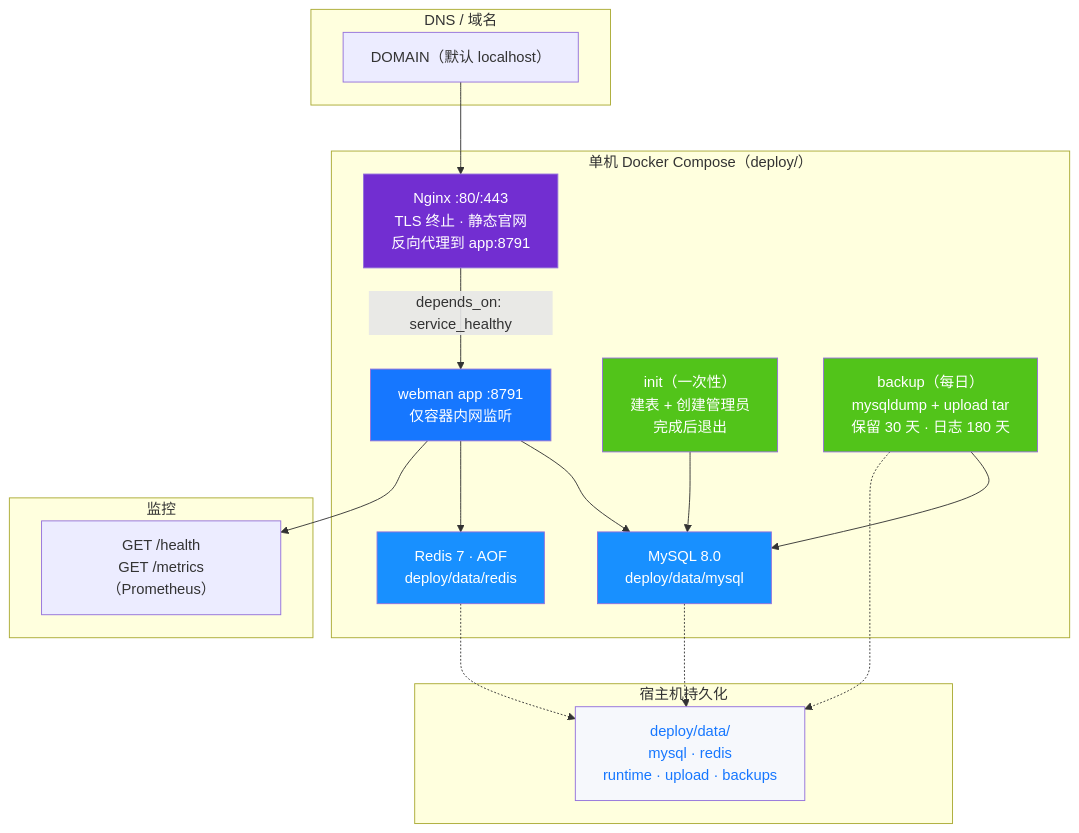
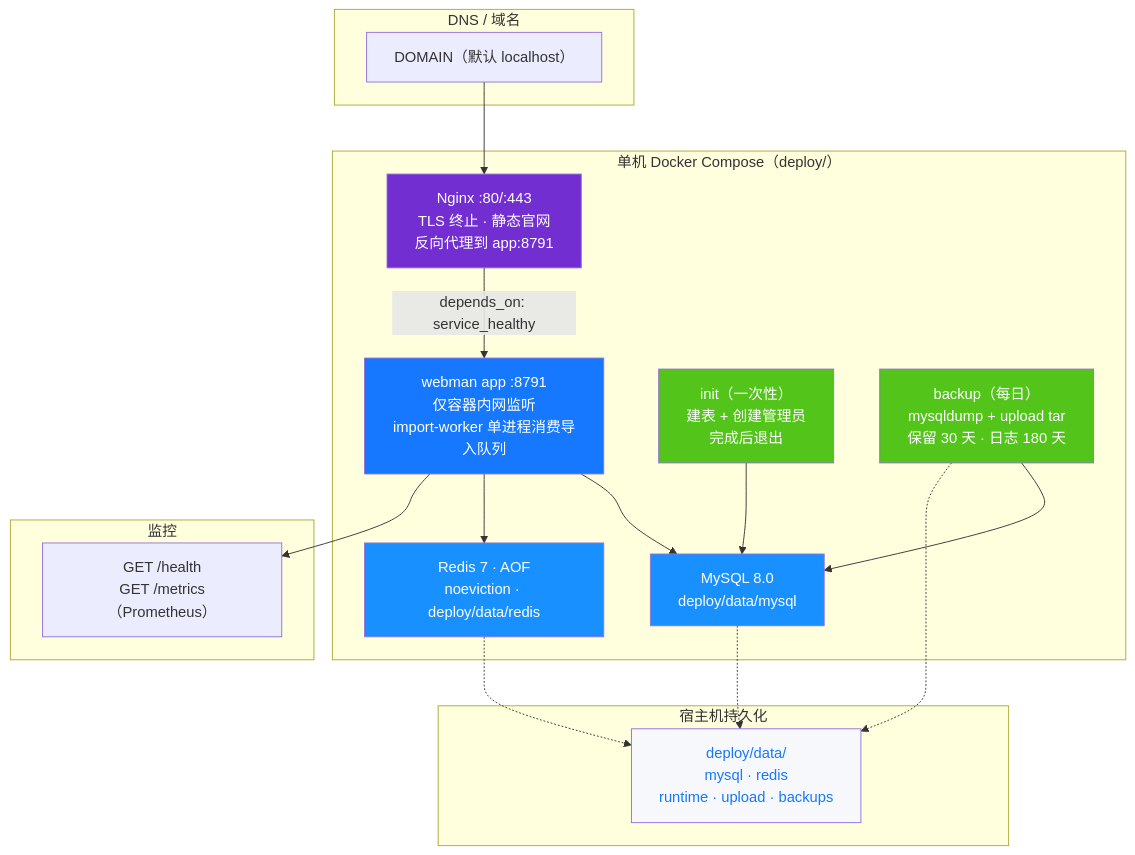
Diagram 15 of 15 in docs/ARCHITECTURE.md (erikwang2013/open-admin), drawn with Mermaid before and after one commit. The commit also changed other lines of this file and 55 other files, not shown here.

````diff
--- a/docs/ARCHITECTURE.md
+++ b/docs/ARCHITECTURE.md
@@ -657,42 +694,42 @@
 ```mermaid
 flowchart TB
     subgraph "DNS / 域名"
         DNS["DOMAIN（默认 localhost）"]
     end
 
     subgraph "单机 Docker Compose（deploy/）"
         NGX["Nginx :80/:443<br/>TLS 终止 · 静态官网<br/>反向代理到 app:8791"]
-        WM["webman app :8791<br/>仅容器内网监听"]
+        WM["webman app :8791<br/>仅容器内网监听<br/>import-worker 单进程消费导入队列"]
         INIT["init（一次性）<br/>建表 + 创建管理员<br/>完成后退出"]
         MYSQL["MySQL 8.0<br/>deploy/data/mysql"]
-        REDIS["Redis 7 · AOF<br/>deploy/data/redis"]
+        REDIS["Redis 7 · AOF<br/>noeviction · deploy/data/redis"]
         BACKUP["backup（每日）<br/>mysqldump + upload tar<br/>保留 30 天 · 日志 180 天"]
     end
 
     subgraph "宿主机持久化"
         DATA["deploy/data/<br/>mysql · redis<br/>runtime · upload · backups"]
     end
 
     subgraph "监控"
         MON["GET /health<br/>GET /metrics（Prometheus）"]
     end
 
     DNS --> NGX
     NGX -->|"depends_on: service_healthy"| WM
     WM --> MYSQL
     WM --> REDIS
     INIT --> MYSQL
     BACKUP --> MYSQL
     MYSQL -.-> DATA
     REDIS -.-> DATA
     BACKUP -.-> DATA
     WM --> MON
 
     style NGX fill:#722ED1,color:#fff
     style WM fill:#1677FF,color:#fff
     style INIT fill:#52C41A,color:#fff
     style MYSQL fill:#1890FF,color:#fff
     style REDIS fill:#1890FF,color:#fff
     style BACKUP fill:#52C41A,color:#fff
     style DATA fill:#F6F8FC,color:#1677FF
 ```
````
